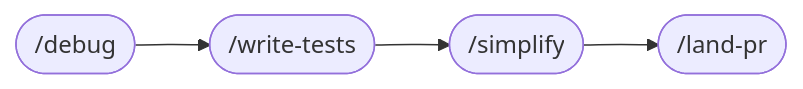
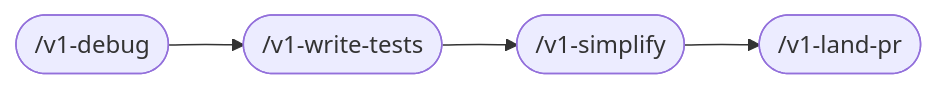
The third of 6 diagrams in README.md (v1-io/v1tamins), drawn with Mermaid before and after one commit. The commit also changed other lines of this file and 105 other files, not shown here.

````diff
--- a/README.md
+++ b/README.md
@@ -195,10 +195,10 @@
 ```mermaid
 flowchart LR
-  A([/debug]) --> B([/write-tests])
-  B --> C([/simplify])
-  C --> D([/land-pr])
-  click A href "./.agents/skills/debug/SKILL.md"
-  click B href "./.agents/skills/write-tests/SKILL.md"
-  click C href "./.agents/skills/simplify/SKILL.md"
-  click D href "./.agents/skills/land-pr/SKILL.md"
+  A([/v1-debug]) --> B([/v1-write-tests])
+  B --> C([/v1-simplify])
+  C --> D([/v1-land-pr])
+  click A href "./plugins/v1tamins/skills/v1-debug/SKILL.md"
+  click B href "./plugins/v1tamins/skills/v1-write-tests/SKILL.md"
+  click C href "./plugins/v1tamins/skills/v1-simplify/SKILL.md"
+  click D href "./plugins/v1tamins/skills/v1-land-pr/SKILL.md"
 ```
````
